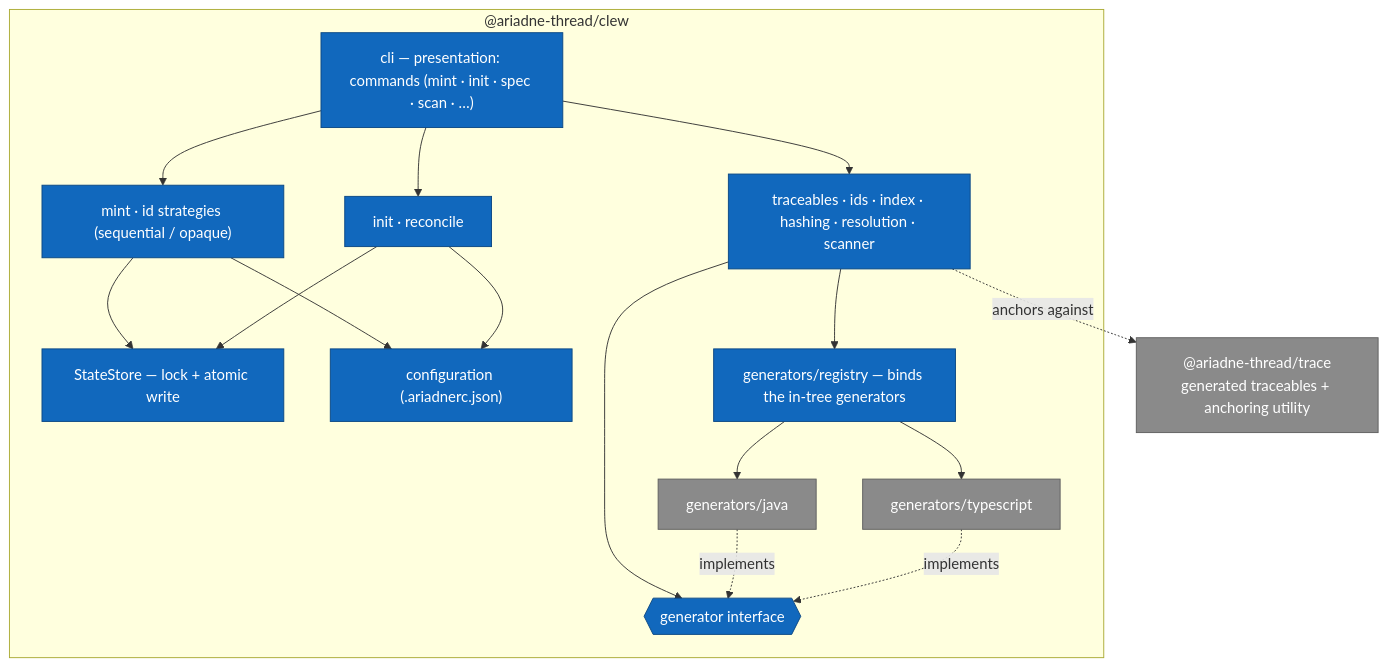
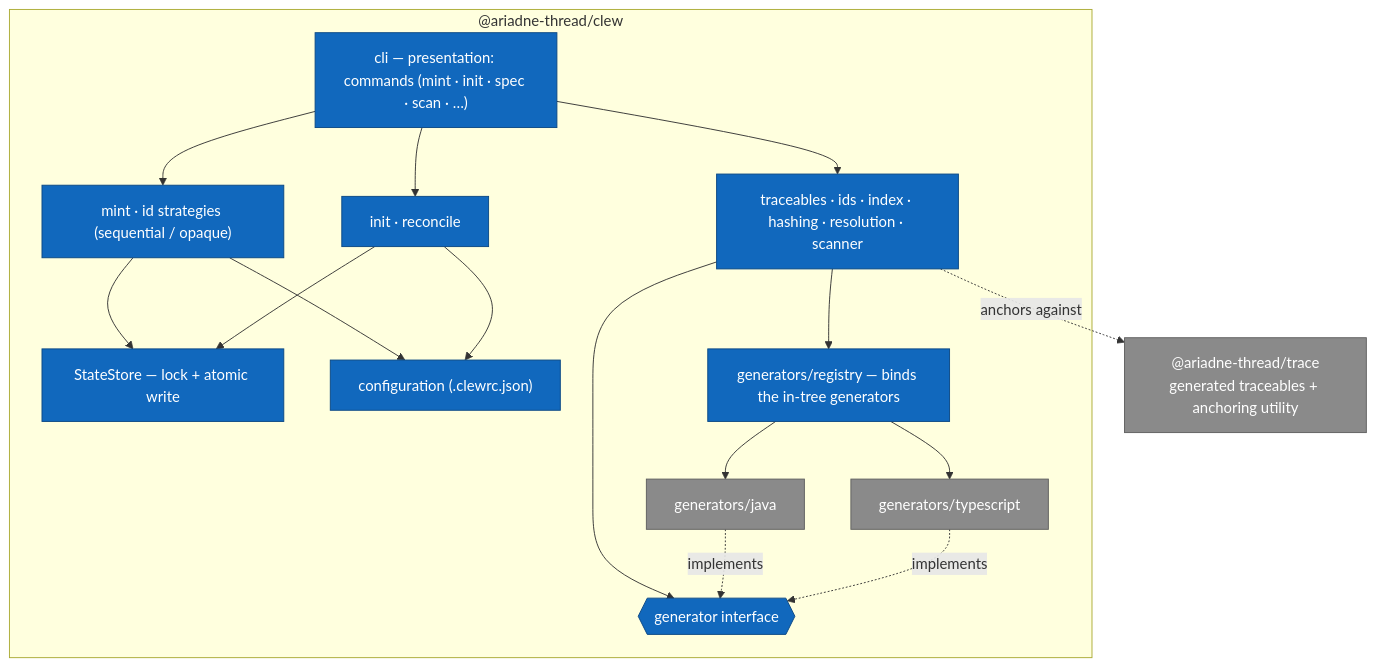
The second of 2 diagrams in docs/spec/architecture.md (ariadne-systems/clew), drawn with Mermaid before and after one commit. The commit also changed other lines of this file and 131 other files, not shown here.

Commit message:
chore: rename tool-facing 'ariadne' to 'clew' (config .clewrc.json, .clew/ dir, drop ariadne bin alias)

````diff
--- a/docs/spec/architecture.md
+++ b/docs/spec/architecture.md
@@ -95,36 +95,36 @@
 ```mermaid
 flowchart TB
     subgraph clew["@ariadne-thread/clew"]
         cmds["cli — presentation: commands (mint · init · spec · scan · …)"]
         mintc["mint · id strategies (sequential / opaque)"]
         initc["init · reconcile"]
         store["StateStore — lock + atomic write"]
-        cfg["configuration (.ariadnerc.json)"]
+        cfg["configuration (.clewrc.json)"]
         engine["traceables · ids · index · hashing · resolution · scanner"]
         iface{{"generator interface"}}
         registry["generators/registry — binds the in-tree generators"]
         genjava["generators/java"]
         gents["generators/typescript"]
     end
     trace["@ariadne-thread/trace<br/>generated traceables + anchoring utility"]
 
     cmds --> mintc
     cmds --> initc
     cmds --> engine
     mintc --> store
     initc --> store
     mintc --> cfg
     initc --> cfg
     engine --> iface
     engine --> registry
     registry --> genjava
     registry --> gents
     genjava -. implements .-> iface
     gents -. implements .-> iface
     engine -. anchors against .-> trace
 
     classDef pkg fill:#1168bd,color:#fff,stroke:#0b4884;
     classDef gen fill:#8a8a8a,color:#fff,stroke:#5f5f5f;
     class cmds,mintc,initc,store,cfg,engine,iface,registry pkg;
     class genjava,gents,trace gen;
 ```
````
